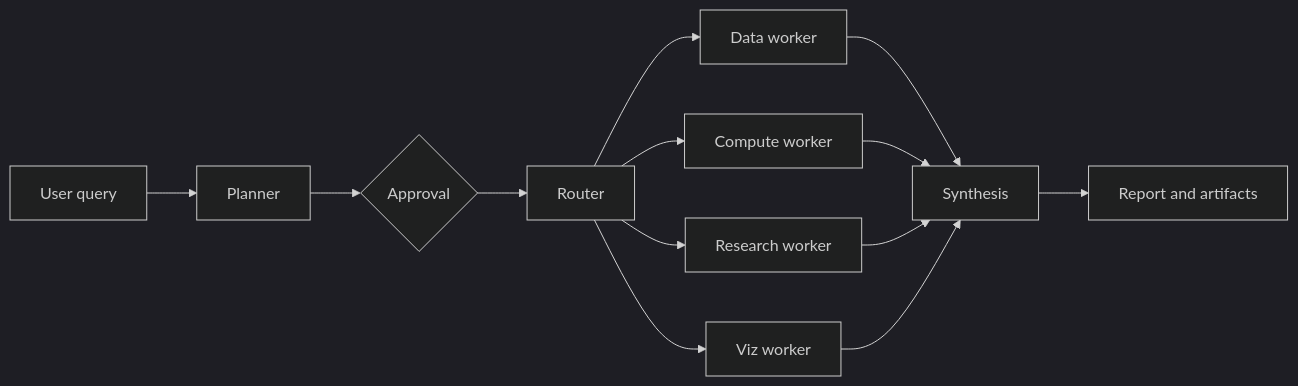
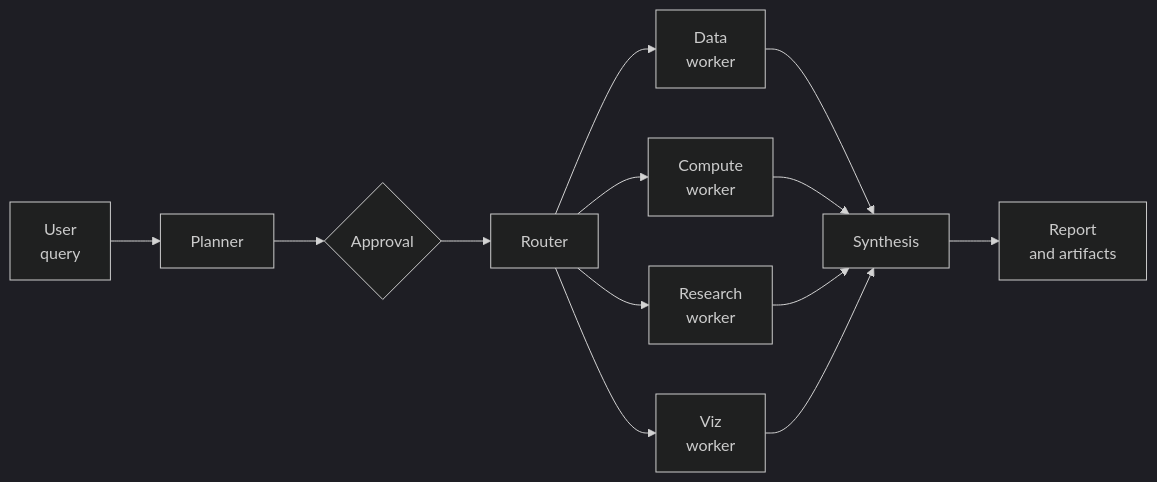
One commit to HEP-KE/HEP-multiagent changed the diagram in README.md. Above: the diagram before and after it, drawn with Mermaid (dark theme). The commit also changed other lines of this file and 13 other files, not shown here.

````diff
--- a/README.md
+++ b/README.md
@@ -121,15 +158,15 @@
 ```mermaid
 flowchart LR
-    Q[User query] --> P[Planner]
+    Q[User<br/>query] --> P[Planner]
     P --> A{Approval}
     A --> R[Router]
-    R --> D[Data worker]
-    R --> C[Compute worker]
-    R --> L[Research worker]
-    R --> V[Viz worker]
+    R --> D[Data<br/>worker]
+    R --> C[Compute<br/>worker]
+    R --> L[Research<br/>worker]
+    R --> V[Viz<br/>worker]
     D --> S[Synthesis]
     C --> S
     L --> S
     V --> S
-    S --> O[Report and artifacts]
+    S --> O[Report<br/>and artifacts]
 ```
````
